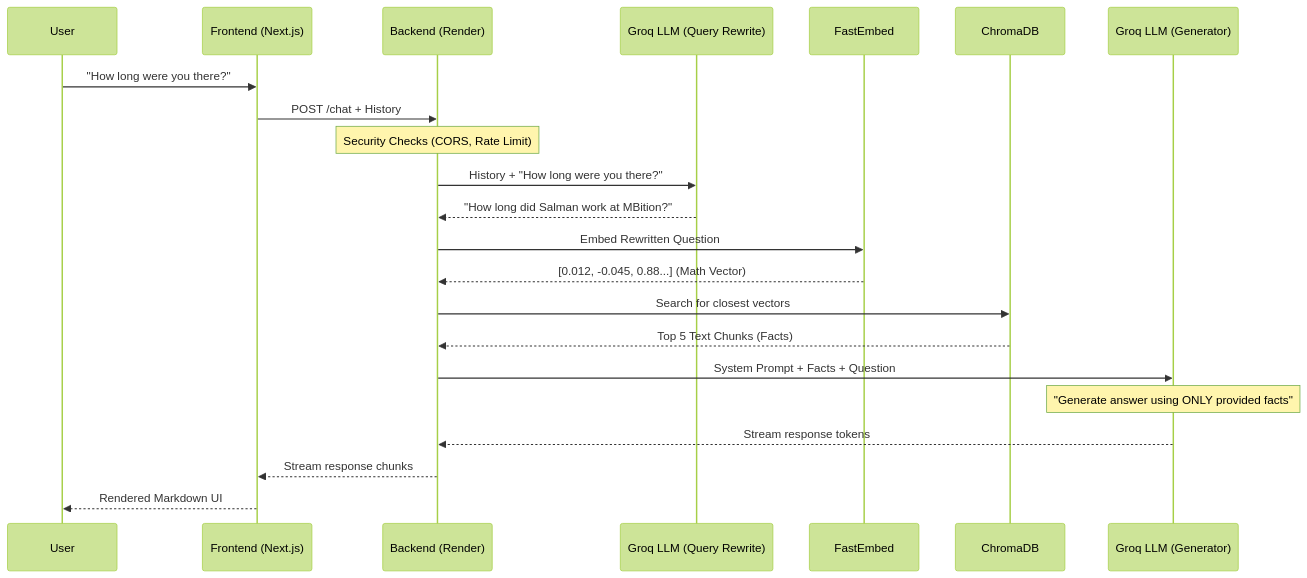
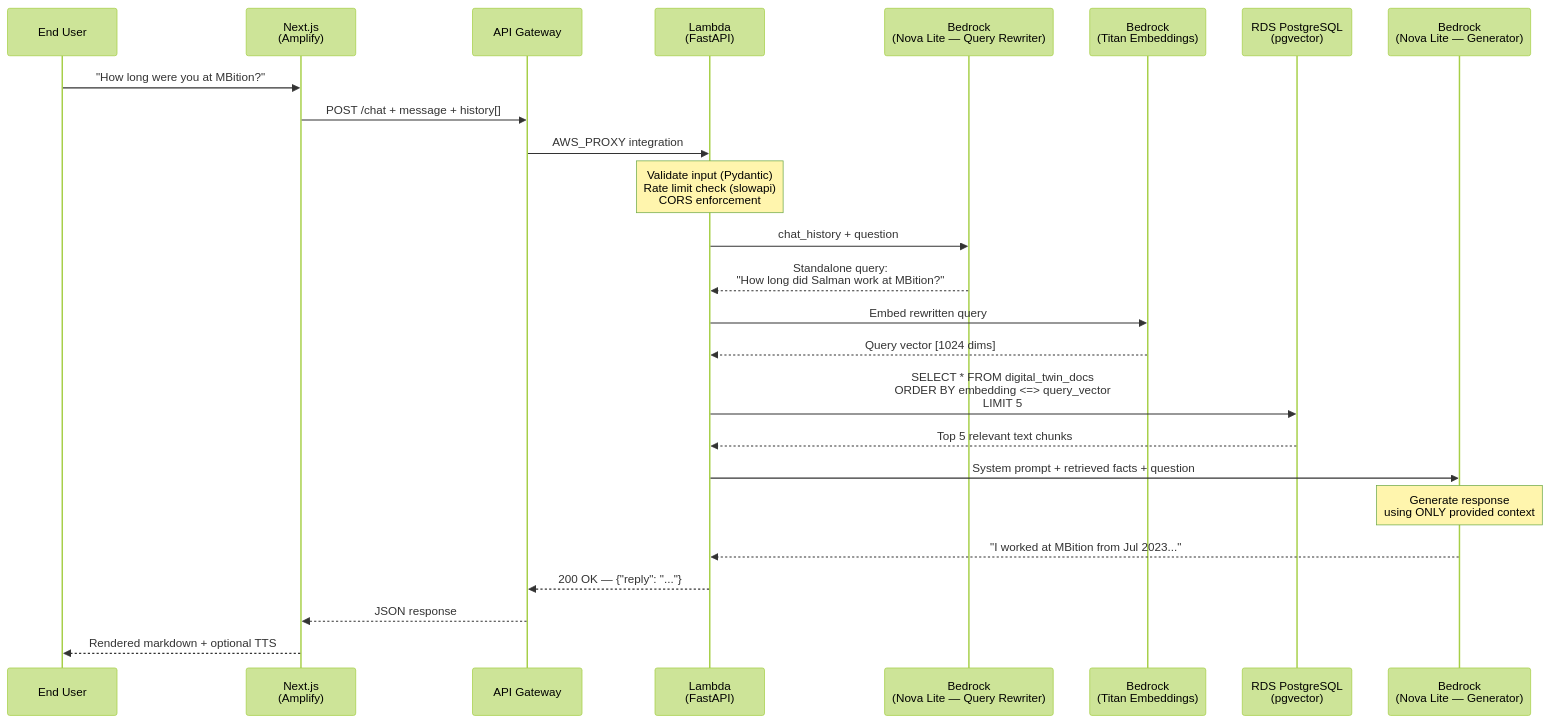
One commit to msalmansaeedch786/digital-twin changed the third of 3 diagrams in README.md. Above: the diagram before and after it, drawn with Mermaid (forest theme). The commit also changed other lines of this file and 7 other files, not shown here.

Commit message:
chore: remove legacy Groq/Chroma dead code and update local ingestion to AWS Bedrock/PGVector

````diff
--- a/README.md
+++ b/README.md
@@ -92,32 +148,34 @@
 ```mermaid
 sequenceDiagram
-    participant User
-    participant Vercel as Frontend (Next.js)
-    participant FastAPI as Backend (Render)
-    participant Llama1 as Groq LLM (Query Rewrite)
-    participant Embed as FastEmbed
-    participant DB as ChromaDB
-    participant Llama2 as Groq LLM (Generator)
+    participant User as End User
+    participant FE as Next.js<br/>(Amplify)
+    participant GW as API Gateway
+    participant LB as Lambda<br/>(FastAPI)
+    participant LLM1 as Bedrock<br/>(Nova Lite — Query Rewriter)
+    participant EMB as Bedrock<br/>(Titan Embeddings)
+    participant DB as RDS PostgreSQL<br/>(pgvector)
+    participant LLM2 as Bedrock<br/>(Nova Lite — Generator)
 
-    User->>Vercel: "How long were you there?"
-    Vercel->>FastAPI: POST /chat + History
-    
-    Note over FastAPI: Security Checks (CORS, Rate Limit)
-    
-    FastAPI->>Llama1: History + "How long were you there?"
-    Llama1-->>FastAPI: "How long did Salman work at MBition?"
-    
-    FastAPI->>Embed: Embed Rewritten Question
-    Embed-->>FastAPI: [0.012, -0.045, 0.88...] (Math Vector)
-    
-    FastAPI->>DB: Search for closest vectors
-    DB-->>FastAPI: Top 5 Text Chunks (Facts)
-    
-    FastAPI->>Llama2: System Prompt + Facts + Question
-    
-    Note over Llama2: "Generate answer using ONLY provided facts"
-    
-    Llama2-->>FastAPI: Stream response tokens
-    FastAPI-->>Vercel: Stream response chunks
-    Vercel-->>User: Rendered Markdown UI
+    User->>FE: "How long were you at MBition?"
+    FE->>GW: POST /chat + message + history[]
+    GW->>LB: AWS_PROXY integration
+
+    Note over LB: Validate input (Pydantic)<br/>Rate limit check (slowapi)<br/>CORS enforcement
+
+    LB->>LLM1: chat_history + question
+    LLM1-->>LB: Standalone query:<br/>"How long did Salman work at MBition?"
+
+    LB->>EMB: Embed rewritten query
+    EMB-->>LB: Query vector [1024 dims]
+
+    LB->>DB: SELECT * FROM digital_twin_docs<br/>ORDER BY embedding <=> query_vector<br/>LIMIT 5
+    DB-->>LB: Top 5 relevant text chunks
+
+    LB->>LLM2: System prompt + retrieved facts + question
+    Note over LLM2: Generate response<br/>using ONLY provided context
+
+    LLM2-->>LB: "I worked at MBition from Jul 2023..."
+    LB-->>GW: 200 OK — {"reply": "..."}
+    GW-->>FE: JSON response
+    FE-->>User: Rendered markdown + optional TTS
 ```
````
